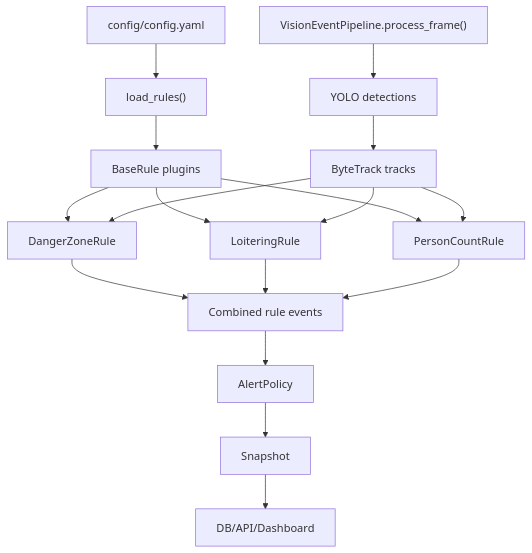
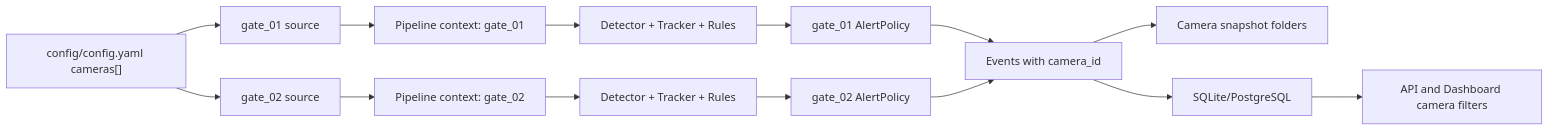
The first of 2 diagrams in README.md (jiyeon0715/vision-event-platform), drawn with Mermaid before and after one commit. The commit also changed other lines of this file and 20 other files, not shown here.

Commit message:
feat: add multi-camera event pipeline support

````diff
--- a/README.md
+++ b/README.md
@@ -39,19 +42,16 @@
 ```mermaid
-flowchart TD
-    A["config/config.yaml"] --> B["load_rules()"]
-    B --> C["BaseRule plugins"]
-    C --> D["DangerZoneRule"]
-    C --> E["LoiteringRule"]
-    C --> F["PersonCountRule"]
-    G["VisionEventPipeline.process_frame()"] --> H["YOLO detections"]
-    H --> I["ByteTrack tracks"]
-    I --> D
-    I --> E
-    I --> F
-    D --> J["Combined rule events"]
-    E --> J
-    F --> J
-    J --> K["AlertPolicy"]
-    K --> L["Snapshot"]
-    L --> M["DB/API/Dashboard"]
+flowchart LR
+    A["config/config.yaml cameras[]"] --> B["gate_01 source"]
+    A --> C["gate_02 source"]
+    B --> D["Pipeline context: gate_01"]
+    C --> E["Pipeline context: gate_02"]
+    D --> F["Detector + Tracker + Rules"]
+    E --> G["Detector + Tracker + Rules"]
+    F --> H["gate_01 AlertPolicy"]
+    G --> I["gate_02 AlertPolicy"]
+    H --> J["Events with camera_id"]
+    I --> J
+    J --> K["Camera snapshot folders"]
+    J --> L["SQLite/PostgreSQL"]
+    L --> M["API and Dashboard camera filters"]
 ```
````
